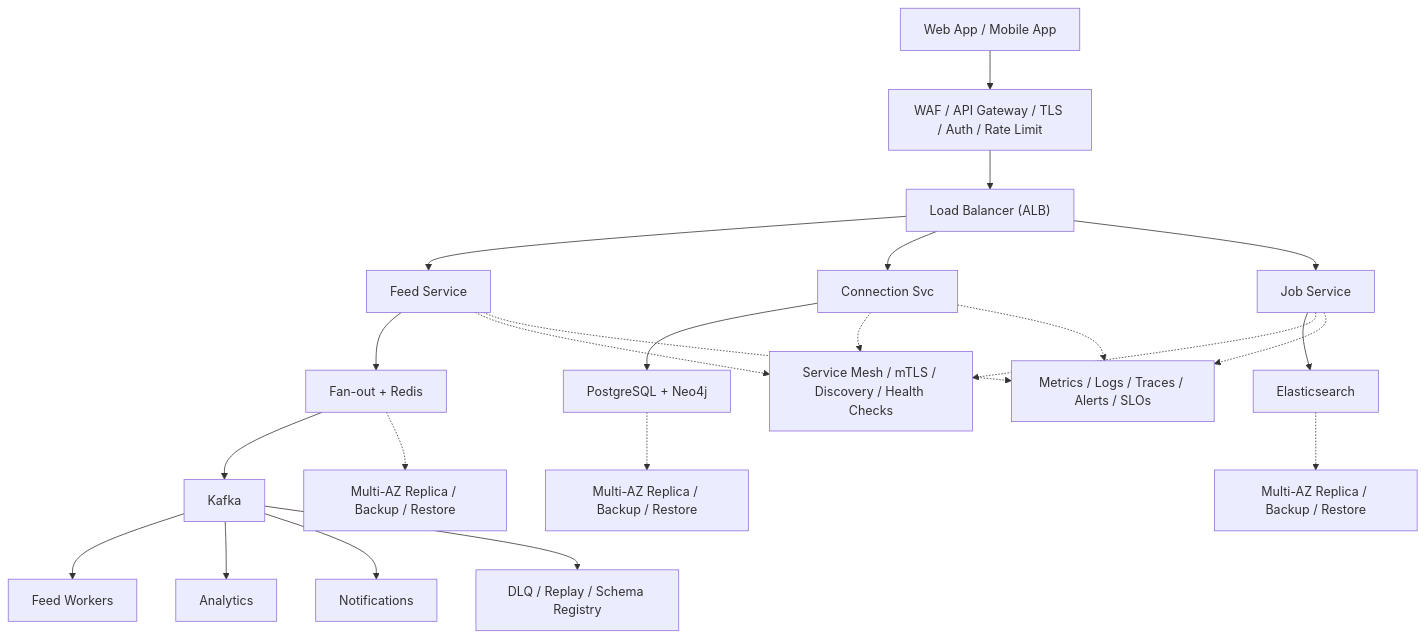
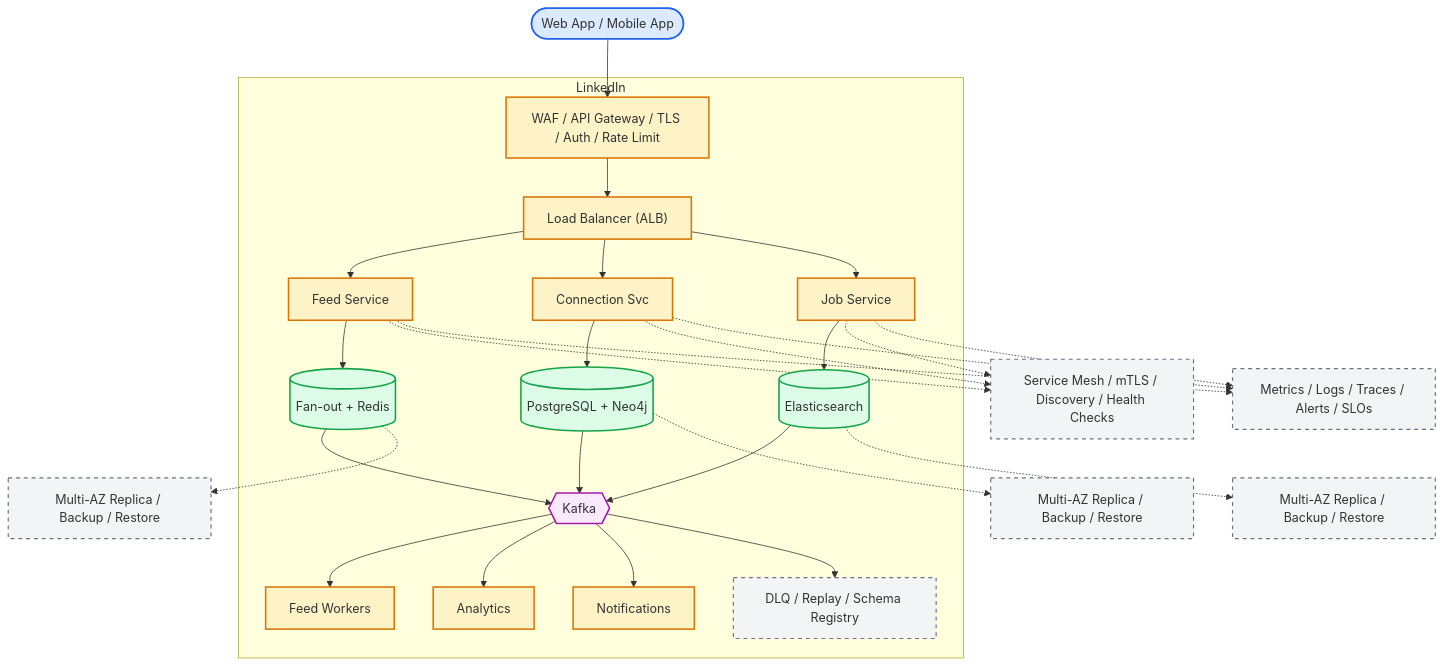
One commit to aishwary11/system-design changed the diagram in system-design-linkedin.md. Above: the diagram before and after it, drawn with Mermaid. The commit also changed other lines of this file and 36 other files, not shown here.

First line of the commit message:
Standardize all diagrams on C4-style Mermaid template

````diff
--- a/system-design-linkedin.md
+++ b/system-design-linkedin.md
@@ -38,25 +38,65 @@
 ```mermaid
 flowchart TB
-    clients["Web App / Mobile App"] --> edge["WAF / API Gateway / TLS / Auth / Rate Limit"]
-    edge --> lb["Load Balancer (ALB)"]
-    lb --> svc0["Feed Service"]
-    lb --> svc1["Connection Svc"]
-    lb --> svc2["Job Service"]
-    svc0 --> store0["Fan-out + Redis"]
-    svc1 --> store1["PostgreSQL + Neo4j"]
-    svc2 --> store2["Elasticsearch"]
-    store0 --> stream["Kafka"]
-    stream --> worker0["Feed Workers"]
-    stream --> worker1["Analytics"]
-    stream --> worker2["Notifications"]
-    svc0 -.-> platform["Service Mesh / mTLS / Discovery / Health Checks"]
-    svc1 -.-> platform
-    svc2 -.-> platform
-    store0 -.-> backup0["Multi-AZ Replica / Backup / Restore"]
-    store1 -.-> backup1["Multi-AZ Replica / Backup / Restore"]
-    store2 -.-> backup2["Multi-AZ Replica / Backup / Restore"]
-    stream --> dlq["DLQ / Replay / Schema Registry"]
-    svc0 -.-> ops["Metrics / Logs / Traces / Alerts / SLOs"]
+    %% Actors (people)
+    clients(["Web App / Mobile App"])
+
+    %% System boundary - containers owned by the platform
+    subgraph platform["LinkedIn"]
+        edge["WAF / API Gateway / TLS / Auth / Rate Limit"]
+        lb["Load Balancer (ALB)"]
+        svc0["Feed Service"]
+        svc1["Connection Svc"]
+        svc2["Job Service"]
+        store0[("Fan-out + Redis")]
+        store1[("PostgreSQL + Neo4j")]
+        store2[("Elasticsearch")]
+        stream{{"Kafka"}}
+        worker0["Feed Workers"]
+        worker1["Analytics"]
+        worker2["Notifications"]
+        dlq["DLQ / Replay / Schema Registry"]
+    end
+
+    %% Cross-cutting control plane (dashed edges)
+    mesh["Service Mesh / mTLS / Discovery / Health Checks"]
+    ops["Metrics / Logs / Traces / Alerts / SLOs"]
+    backup0["Multi-AZ Replica / Backup / Restore"]
+    backup1["Multi-AZ Replica / Backup / Restore"]
+    backup2["Multi-AZ Replica / Backup / Restore"]
+
+    clients --> edge
+    edge --> lb
+    lb --> svc0
+    lb --> svc1
+    lb --> svc2
+    svc0 --> store0
+    svc1 --> store1
+    svc2 --> store2
+    store0 --> stream
+    store1 --> stream
+    store2 --> stream
+    stream --> worker0
+    stream --> worker1
+    stream --> worker2
+    stream --> dlq
+    svc0 -.-> mesh
+    svc1 -.-> mesh
+    svc2 -.-> mesh
+    svc0 -.-> ops
     svc1 -.-> ops
     svc2 -.-> ops
+    store0 -.-> backup0
+    store1 -.-> backup1
+    store2 -.-> backup2
+
+    classDef actor fill:#dbeafe,stroke:#2563eb,stroke-width:2px
+    classDef service fill:#fef3c7,stroke:#d97706,stroke-width:2px
+    classDef store fill:#dcfce7,stroke:#16a34a,stroke-width:2px
+    classDef broker fill:#fae8ff,stroke:#a21caf,stroke-width:2px
+    classDef control fill:#f3f4f6,stroke:#6b7280,stroke-width:1.5px,stroke-dasharray:5 5
+    class clients actor
+    class edge,lb,svc0,svc1,svc2,worker0,worker1,worker2 service
+    class store0,store1,store2 store
+    class stream broker
+    class dlq,mesh,ops,backup0,backup1,backup2 control
 ```
````
